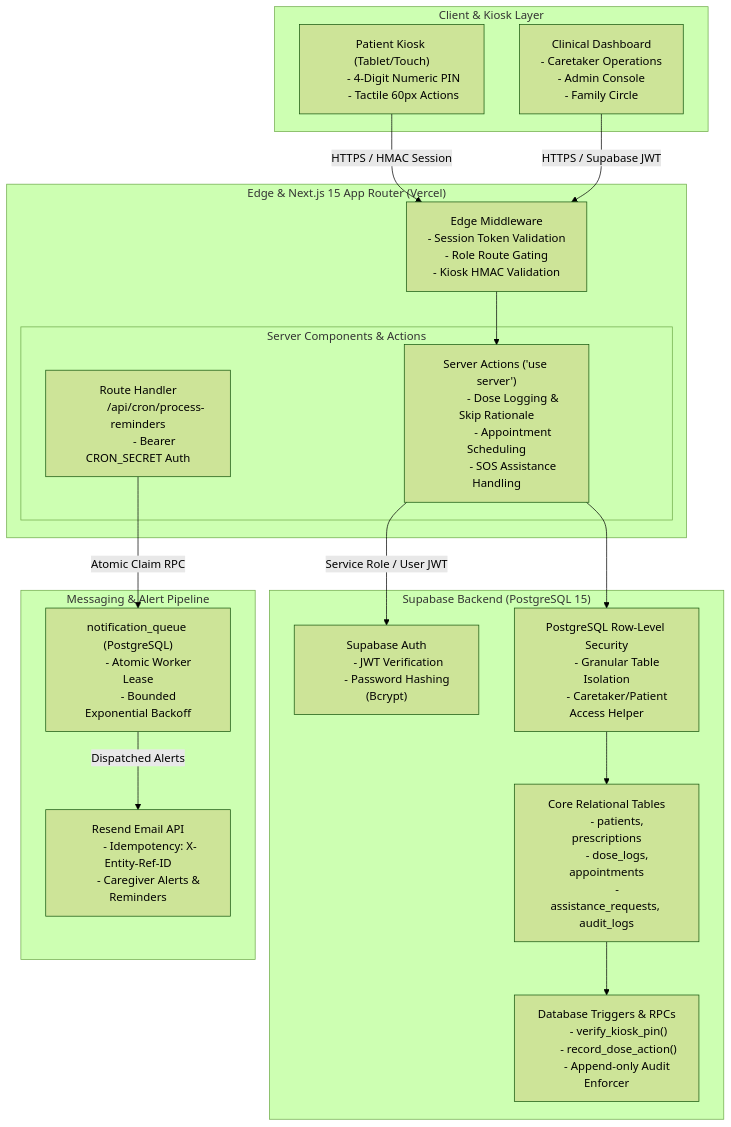
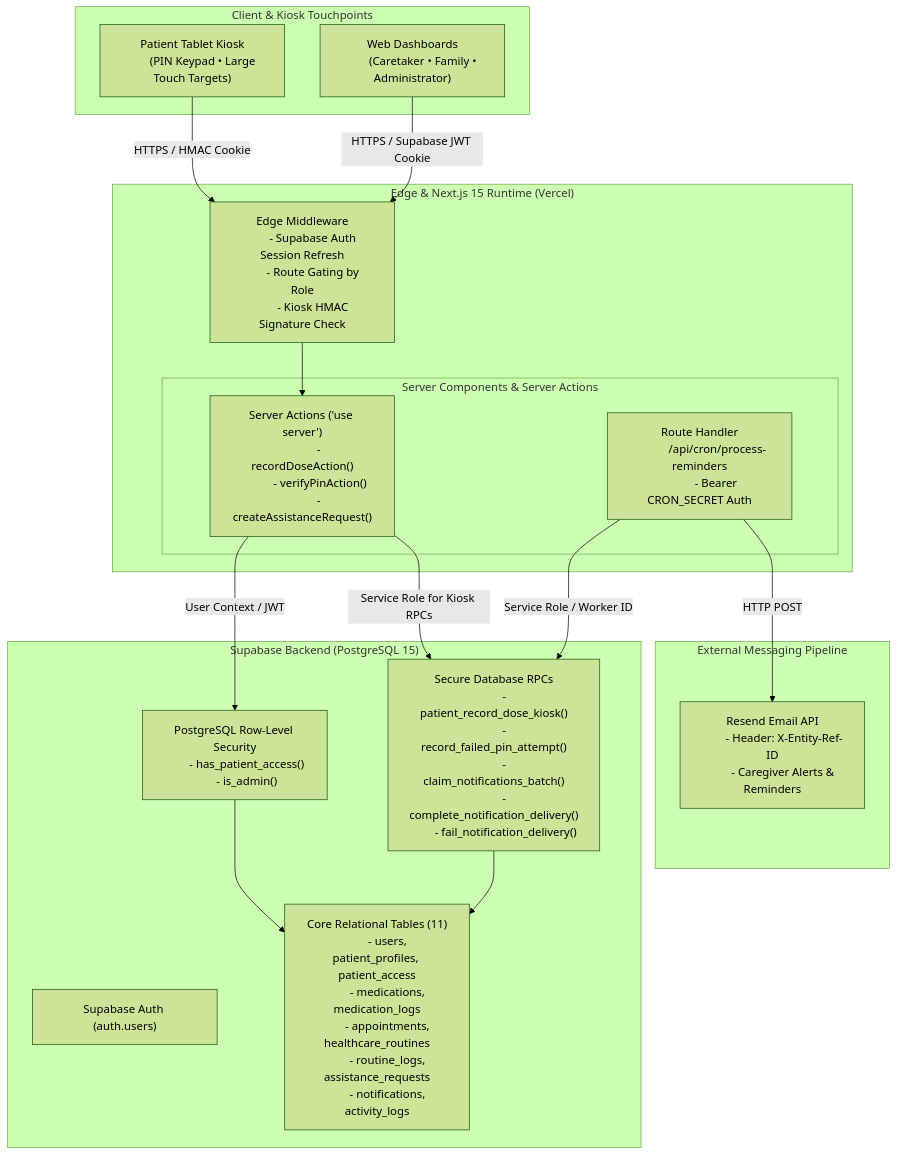
One commit to 2k24cs1k2412828-cloud/medibuddy_xcatalyst changed the first of 3 diagrams in docs/ARCHITECTURE.md. Above: the diagram before and after it, drawn with Mermaid (forest theme). The commit also changed other lines of this file and 12 other files, not shown here.

````diff
--- a/docs/ARCHITECTURE.md
+++ b/docs/ARCHITECTURE.md
@@ -22,71 +29,66 @@
 ```mermaid
 flowchart TD
-    subgraph ClientLayer["Client & Kiosk Layer"]
-        ElderlyKiosk["Patient Kiosk (Tablet/Touch)
-        - 4-Digit Numeric PIN
-        - Tactile 60px Actions"]
-        WebClinician["Clinical Dashboard
-        - Caretaker Operations
-        - Admin Console
-        - Family Circle"]
+    subgraph ClientLayer["Client & Kiosk Touchpoints"]
+        Kiosk["Patient Tablet Kiosk
+        (PIN Keypad • Large Touch Targets)"]
+        WebClinician["Web Dashboards
+        (Caretaker • Family • Administrator)"]
     end
 
-    subgraph EdgeLayer["Edge & Next.js 15 App Router (Vercel)"]
+    subgraph EdgeLayer["Edge & Next.js 15 Runtime (Vercel)"]
         Middleware["Edge Middleware
-        - Session Token Validation
-        - Role Route Gating
-        - Kiosk HMAC Validation"]
-        
-        subgraph ServerRuntime["Server Components & Actions"]
-            ServerActions["Server Actions ('use server')
-            - Dose Logging & Skip Rationale
-            - Appointment Scheduling
-            - SOS Assistance Handling"]
-            
-            CronRoute["Route Handler
+        - Supabase Auth Session Refresh
+        - Route Gating by Role
+        - Kiosk HMAC Signature Check"]
+
+        subgraph ServerRuntime["Server Components & Server Actions"]
+            Actions["Server Actions ('use server')
+            - recordDoseAction()
+            - verifyPinAction()
+            - createAssistanceRequest()"]
+
+            CronEndpoint["Route Handler
             /api/cron/process-reminders
             - Bearer CRON_SECRET Auth"]
         end
     end
 
-    subgraph DataLayer["Supabase Backend (PostgreSQL 15)"]
-        SupabaseAuth["Supabase Auth
-        - JWT Verification
-        - Password Hashing (Bcrypt)"]
+    subgraph DatabaseLayer["Supabase Backend (PostgreSQL 15)"]
+        SupabaseAuth["Supabase Auth (auth.users)"]
         
         RLS["PostgreSQL Row-Level Security
-        - Granular Table Isolation
-        - Caretaker/Patient Access Helper"]
-        
-        Tables["Core Relational Tables
-        - patients, prescriptions
-        - dose_logs, appointments
-        - assistance_requests, audit_logs"]
-        
-        Triggers["Database Triggers & RPCs
-        - verify_kiosk_pin()
-        - record_dose_action()
-        - Append-only Audit Enforcer"]
+        - has_patient_access()
+        - is_admin()"]
+
+        Tables["Core Relational Tables (11)
+        - users, patient_profiles, patient_access
+        - medications, medication_logs
+        - appointments, healthcare_routines
+        - routine_logs, assistance_requests
+        - notifications, activity_logs"]
+
+        RPCs["Secure Database RPCs
+        - patient_record_dose_kiosk()
+        - record_failed_pin_attempt()
+        - claim_notifications_batch()
+        - complete_notification_delivery()
+        - fail_notification_delivery()"]
     end
 
-    subgraph NotificationLayer["Messaging & Alert Pipeline"]
-        NotificationQueue["notification_queue (PostgreSQL)
-        - Atomic Worker Lease
-        - Bounded Exponential Backoff"]
-        
+    subgraph NotificationLayer["External Messaging Pipeline"]
         ResendAPI["Resend Email API
-        - Idempotency: X-Entity-Ref-ID
+        - Header: X-Entity-Ref-ID
         - Caregiver Alerts & Reminders"]
     end
 
-    ElderlyKiosk -->|HTTPS / HMAC Session| Middleware
-    WebClinician -->|HTTPS / Supabase JWT| Middleware
-    Middleware --> ServerActions
-    ServerActions -->|Service Role / User JWT| SupabaseAuth
-    ServerActions --> RLS
+    Kiosk -->|HTTPS / HMAC Cookie| Middleware
+    WebClinician -->|HTTPS / Supabase JWT Cookie| Middleware
+    Middleware --> Actions
+    Actions -->|User Context / JWT| RLS
+    Actions -->|Service Role for Kiosk RPCs| RPCs
     RLS --> Tables
-    Tables --> Triggers
-    
-    CronRoute -->|Atomic Claim RPC| NotificationQueue
-    NotificationQueue -->|Dispatched Alerts| ResendAPI
+    RPCs --> Tables
+
+    CronEndpoint -->|Service Role / Worker ID| RPCs
+    CronEndpoint -->|HTTP POST| ResendAPI
 ```
````
